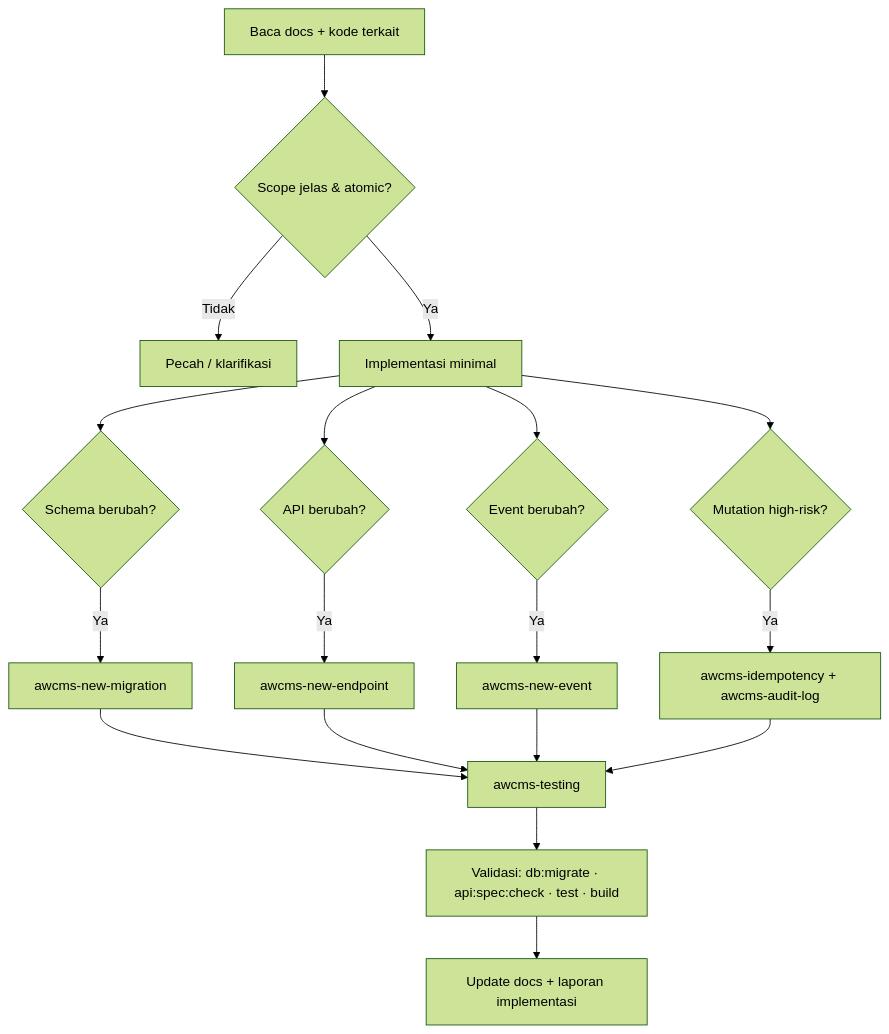
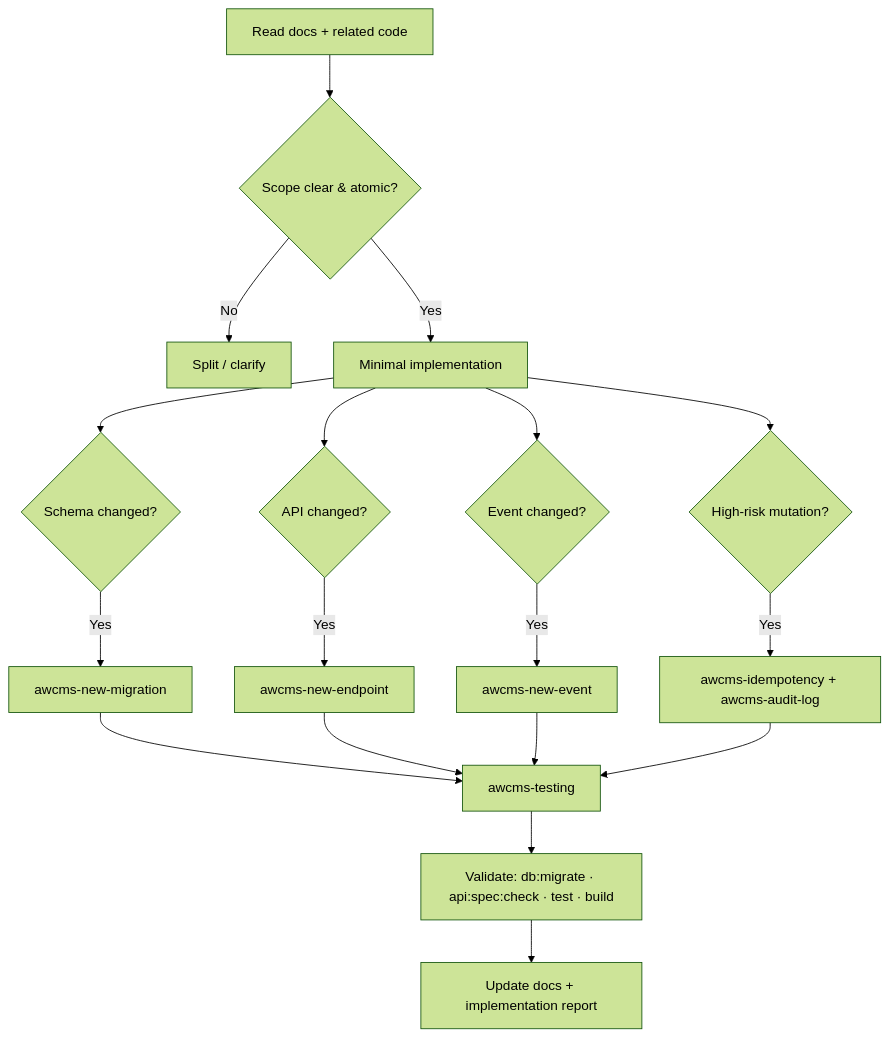
One commit to ahliweb/awcms changed the diagram in .claude/skills/awcms-implement-issue/SKILL.md. Above: the diagram before and after it, drawn with Mermaid (forest theme). The commit also changed other lines of this file and 603 other files, not shown here.

````diff
--- a/.claude/skills/awcms-implement-issue/SKILL.md
+++ b/.claude/skills/awcms-implement-issue/SKILL.md
@@ -19,13 +21,13 @@
 ```mermaid
 flowchart TD
-  A[Baca docs + kode terkait] --> B{Scope jelas & atomic?}
-  B -- Tidak --> C[Pecah / klarifikasi]
-  B -- Ya --> D[Implementasi minimal]
-  D --> E{Schema berubah?} -->|Ya| M[awcms-new-migration]
-  D --> F{API berubah?} -->|Ya| P[awcms-new-endpoint]
-  D --> G{Event berubah?} -->|Ya| V[awcms-new-event]
-  D --> H{Mutation high-risk?} -->|Ya| I[awcms-idempotency + awcms-audit-log]
+  A[Read docs + related code] --> B{Scope clear & atomic?}
+  B -- No --> C[Split / clarify]
+  B -- Yes --> D[Minimal implementation]
+  D --> E{Schema changed?} -->|Yes| M[awcms-new-migration]
+  D --> F{API changed?} -->|Yes| P[awcms-new-endpoint]
+  D --> G{Event changed?} -->|Yes| V[awcms-new-event]
+  D --> H{High-risk mutation?} -->|Yes| I[awcms-idempotency + awcms-audit-log]
   M & P & V & I --> T[awcms-testing]
-  T --> Q[Validasi: db:migrate · api:spec:check · test · build]
-  Q --> R[Update docs + laporan implementasi]
+  T --> Q[Validate: db:migrate · api:spec:check · test · build]
+  Q --> R[Update docs + implementation report]
 ```
````
